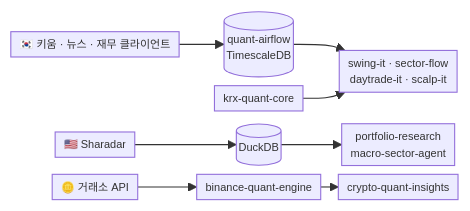
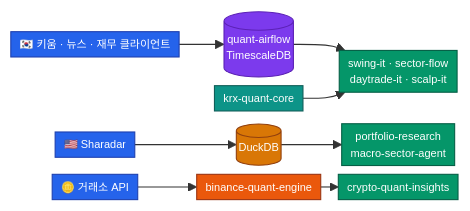
The diagram in README.ko.md (younghwan91/younghwan91), drawn with Mermaid before and after one commit. The commit also changed 1 other file, not shown here.

Commit message:
docs(profile): 흐름도에 역할별 색을 입힌다

````diff
--- a/README.ko.md
+++ b/README.ko.md
@@ -15,8 +15,21 @@
 ```mermaid
 %%{init: {"flowchart": {"useMaxWidth": false, "nodeSpacing": 8, "rankSpacing": 16, "padding": 4}, "themeVariables": {"fontSize": "10px"}}}%%
 flowchart LR
     K1["🇰🇷 키움 · 뉴스 · 재무 클라이언트"] --> K2[("quant-airflow<br/>TimescaleDB")] --> K3["swing-it · sector-flow<br/>daytrade-it · scalp-it"]
     KC["krx-quant-core"] --> K3
     U1["🇺🇸 Sharadar"] --> U2[("DuckDB")] --> U3["portfolio-research<br/>macro-sector-agent"]
     C1["🪙 거래소 API"] --> C2["binance-quant-engine"] --> C3["crypto-quant-insights"]
+
+    classDef src  fill:#2563EB,stroke:#1E40AF,color:#FFFFFF
+    classDef pipe fill:#7C3AED,stroke:#5B21B6,color:#FFFFFF
+    classDef db   fill:#D97706,stroke:#92400E,color:#FFFFFF
+    classDef core fill:#0D9488,stroke:#115E59,color:#FFFFFF
+    classDef res  fill:#059669,stroke:#065F46,color:#FFFFFF
+    classDef eng  fill:#EA580C,stroke:#9A3412,color:#FFFFFF
+    class K1,U1,C1 src
+    class K2 pipe
+    class U2 db
+    class KC core
+    class K3,U3,C3 res
+    class C2 eng
 ```
````
